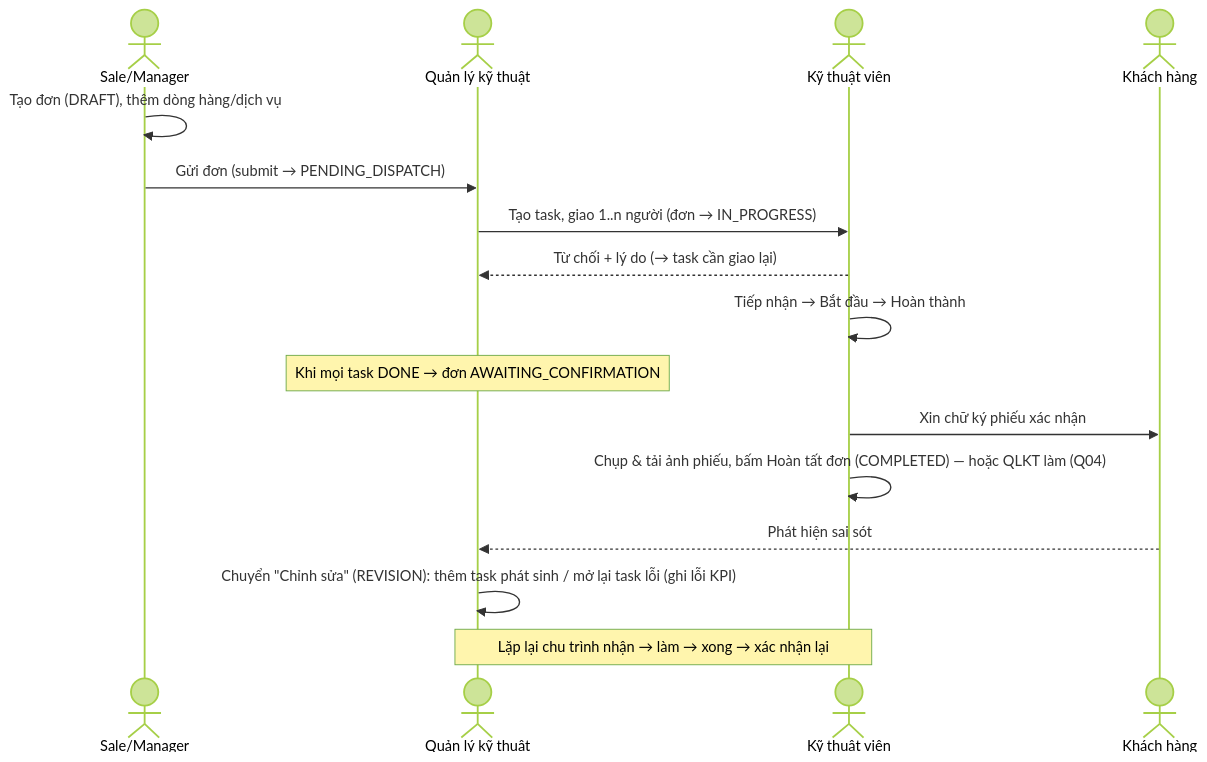
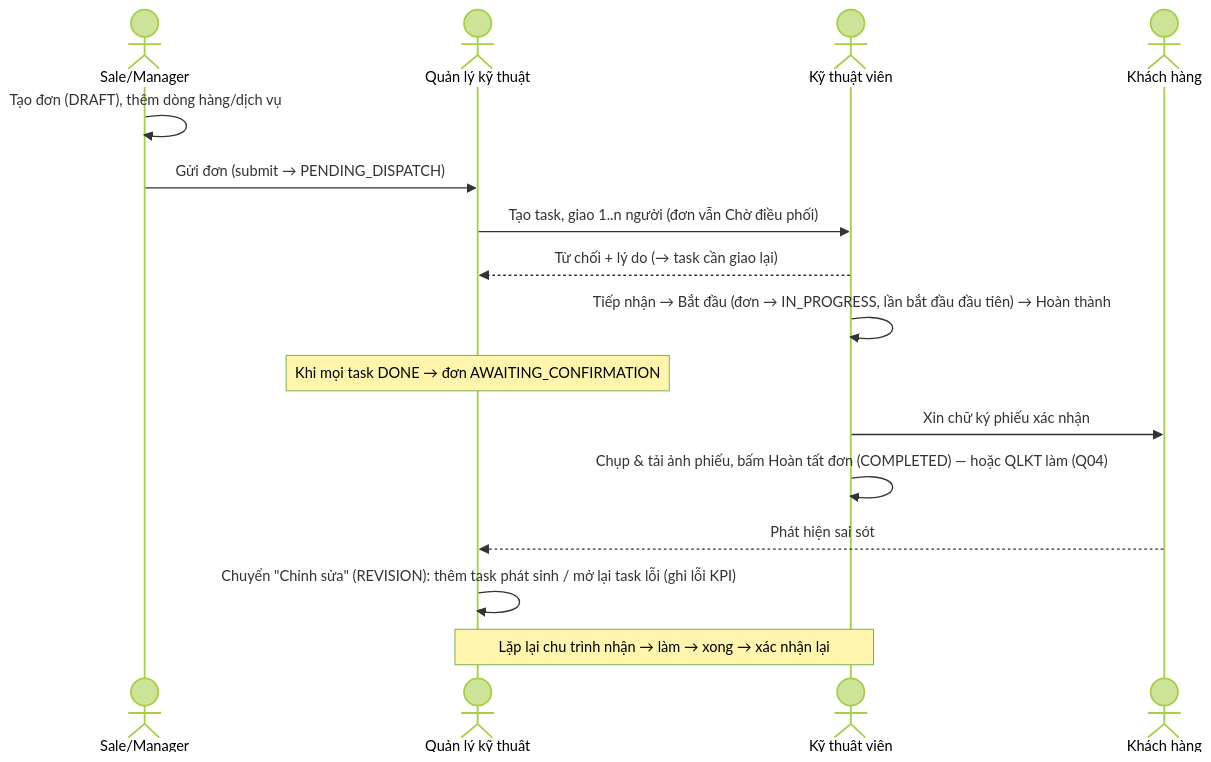
The first of 3 diagrams in docs/product/WORKFLOWS.md (tamnguyentran/smyou-pro), drawn with Mermaid (forest theme) before and after one commit. The commit also changed other lines of this file and 33 other files, not shown here.

````diff
--- a/docs/product/WORKFLOWS.md
+++ b/docs/product/WORKFLOWS.md
@@ -7,18 +7,18 @@
 ```mermaid
 sequenceDiagram
   actor S as Sale/Manager
   actor L as Quản lý kỹ thuật
   actor T as Kỹ thuật viên
   actor C as Khách hàng
   S->>S: Tạo đơn (DRAFT), thêm dòng hàng/dịch vụ
   S->>L: Gửi đơn (submit → PENDING_DISPATCH)
-  L->>T: Tạo task, giao 1..n người (đơn → IN_PROGRESS)
+  L->>T: Tạo task, giao 1..n người (đơn vẫn Chờ điều phối)
   T-->>L: Từ chối + lý do (→ task cần giao lại)
-  T->>T: Tiếp nhận → Bắt đầu → Hoàn thành
+  T->>T: Tiếp nhận → Bắt đầu (đơn → IN_PROGRESS, lần bắt đầu đầu tiên) → Hoàn thành
   Note over L: Khi mọi task DONE → đơn AWAITING_CONFIRMATION
   T->>C: Xin chữ ký phiếu xác nhận
   T->>T: Chụp & tải ảnh phiếu, bấm Hoàn tất đơn (COMPLETED) — hoặc QLKT làm (Q04)
   C-->>L: Phát hiện sai sót
   L->>L: Chuyển "Chỉnh sửa" (REVISION): thêm task phát sinh / mở lại task lỗi (ghi lỗi KPI)
   Note over L,T: Lặp lại chu trình nhận → làm → xong → xác nhận lại
 ```
````
